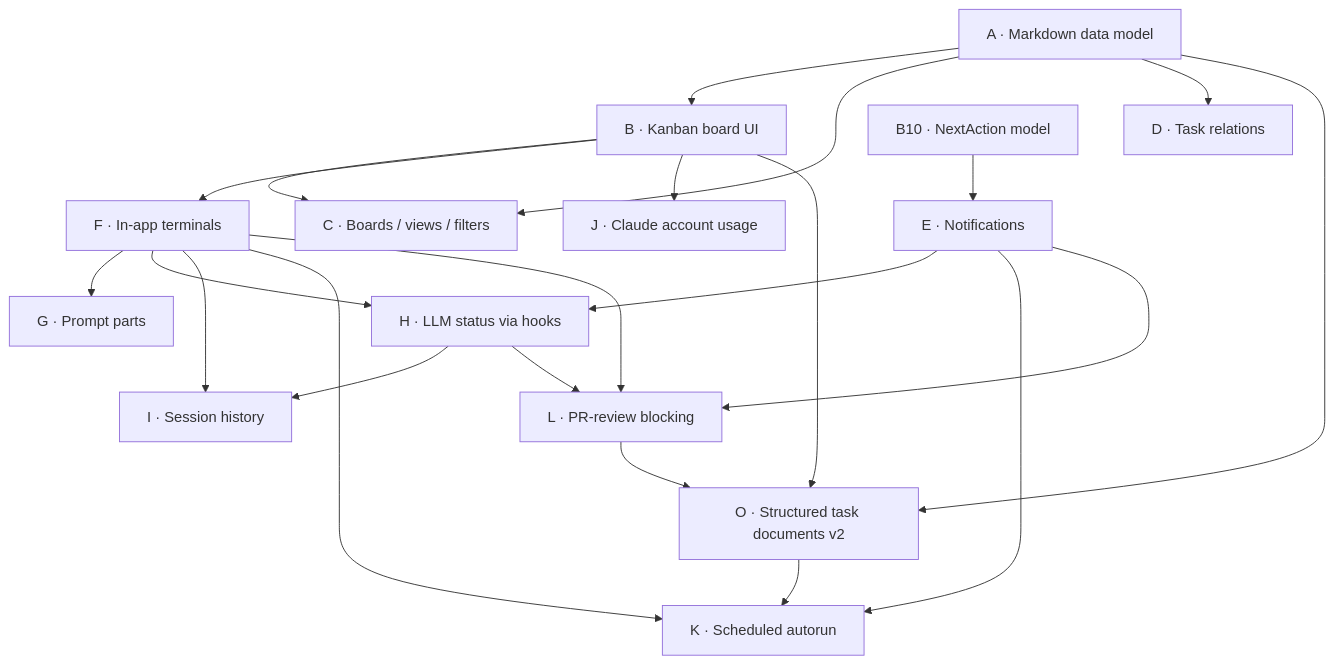
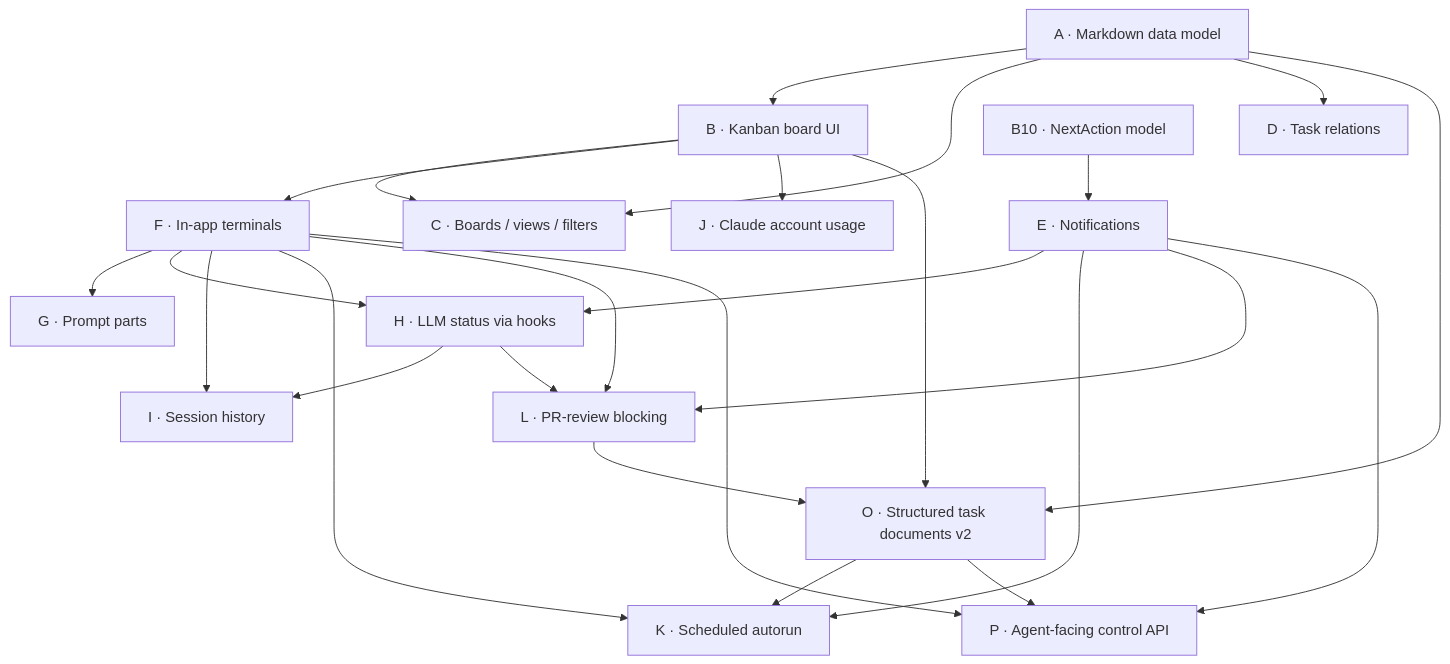
Before and after one commit to vitaliyreznikov/build-your-own-taskman: the diagram in DEPENDENCIES.md, drawn with Mermaid. The commit also changed other lines of this file and 3 other files, not shown here.

First line of the commit message:
Add Epic P: agent-facing control API (P01 core + CLI, P02 open-terminal)

````diff
--- a/DEPENDENCIES.md
+++ b/DEPENDENCIES.md
@@ -9,24 +9,27 @@
 ```mermaid
 graph TD
   A[A · Markdown data model] --> B[B · Kanban board UI]
   A --> C[C · Boards / views / filters]
   A --> D[D · Task relations]
   B --> C
   B10[B10 · NextAction model] --> E[E · Notifications]
   B --> F[F · In-app terminals]
   F --> G[G · Prompt parts]
   F --> H[H · LLM status via hooks]
   E --> H
   F --> I[I · Session history]
   H --> I
   B --> J[J · Claude account usage]
   E --> K[K · Scheduled autorun]
   F --> K
   F --> L[L · PR-review blocking]
   E --> L
   H --> L
   A --> O[O · Structured task documents v2]
   B --> O
   L --> O
   O --> K
+  E --> P[P · Agent-facing control API]
+  F --> P
+  O --> P
 ```
````
